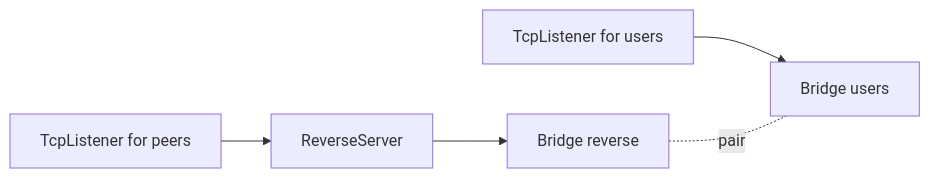
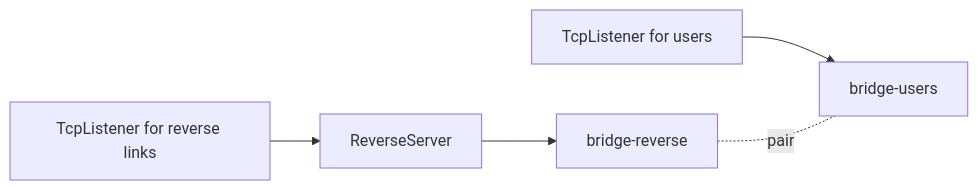
Before and after one commit to radkesvat/WaterWall-Docs: the third of 5 diagrams in i18n/fa/docusaurus-plugin-content-docs/current/02-noderefs/Bridge.mdx, drawn with Mermaid. The commit also changed other lines of this file and 208 other files, not shown here.

````diff
--- a/i18n/fa/docusaurus-plugin-content-docs/current/02-noderefs/Bridge.mdx
+++ b/i18n/fa/docusaurus-plugin-content-docs/current/02-noderefs/Bridge.mdx
@@ -85,7 +171,7 @@
 ```mermaid
 flowchart LR
-    I1[TcpListener for users] --> B2[Bridge users]
-    I2[TcpListener for peers] --> RS[ReverseServer]
-    RS --> B1[Bridge reverse]
+    Users[TcpListener for users] --> B2[bridge-users]
+    Peers[TcpListener for reverse links] --> RS[ReverseServer]
+    RS --> B1[bridge-reverse]
     B1 -. pair .- B2
 ```
````
